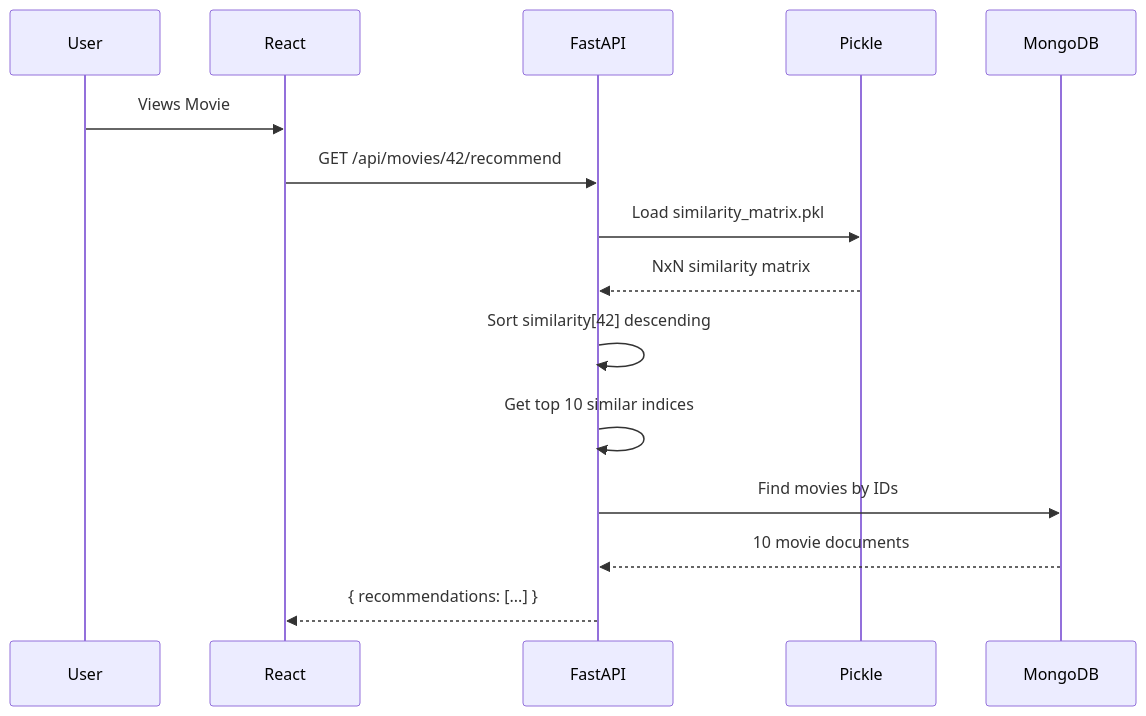
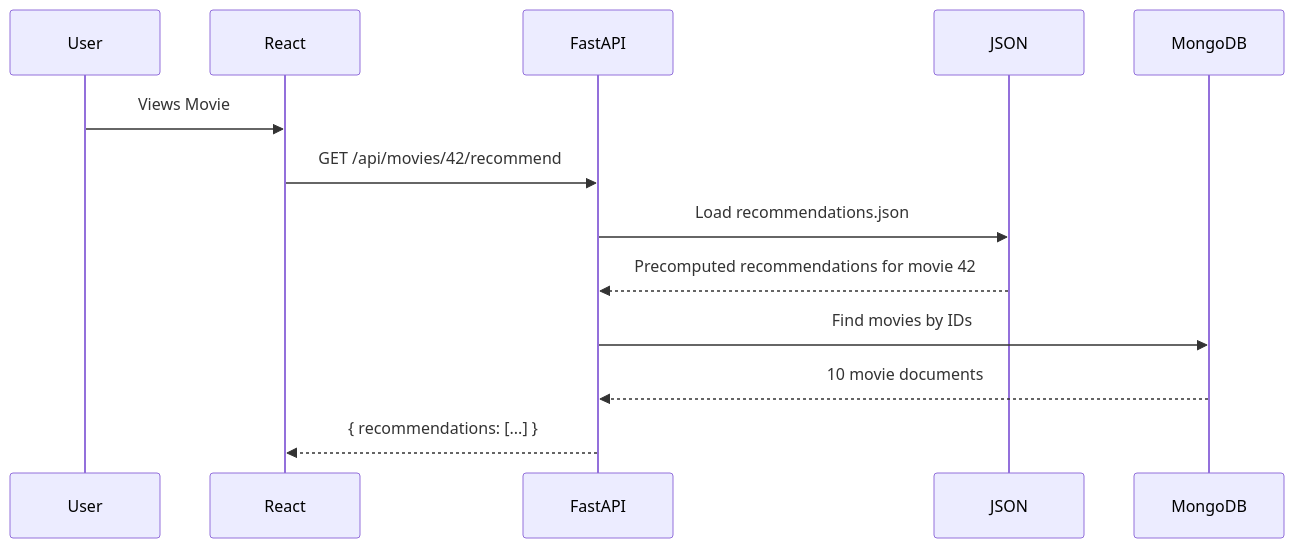
Before and after one commit to Storm1289/movie-recommendation-system-ojt: the eighth of 10 diagrams in Readme.md, drawn with Mermaid. The commit also changed other lines of this file, not shown here.

````diff
--- a/Readme.md
+++ b/Readme.md
@@ -563,18 +568,16 @@
 ```mermaid
 sequenceDiagram
     participant User
     participant React
     participant FastAPI
-    participant Pickle
+    participant JSON
     participant MongoDB
 
     User->>React: Views Movie #42
     React->>FastAPI: GET /api/movies/42/recommend
-    FastAPI->>Pickle: Load similarity_matrix.pkl
-    Pickle-->>FastAPI: NxN similarity matrix
-    FastAPI->>FastAPI: Sort similarity[42] descending
-    FastAPI->>FastAPI: Get top 10 similar indices
+    FastAPI->>JSON: Load recommendations.json
+    JSON-->>FastAPI: Precomputed recommendations for movie 42
     FastAPI->>MongoDB: Find movies by IDs
     MongoDB-->>FastAPI: 10 movie documents
     FastAPI-->>React: { recommendations: [...] }
 ```
````
